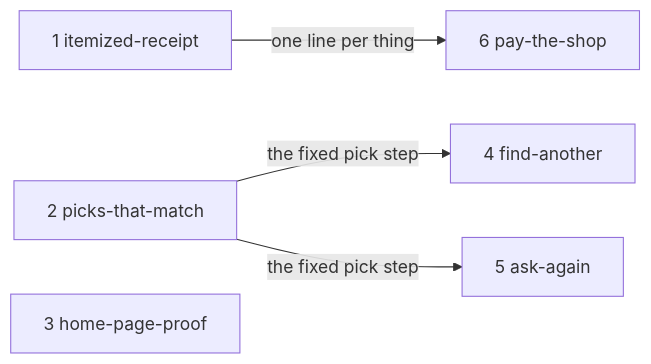
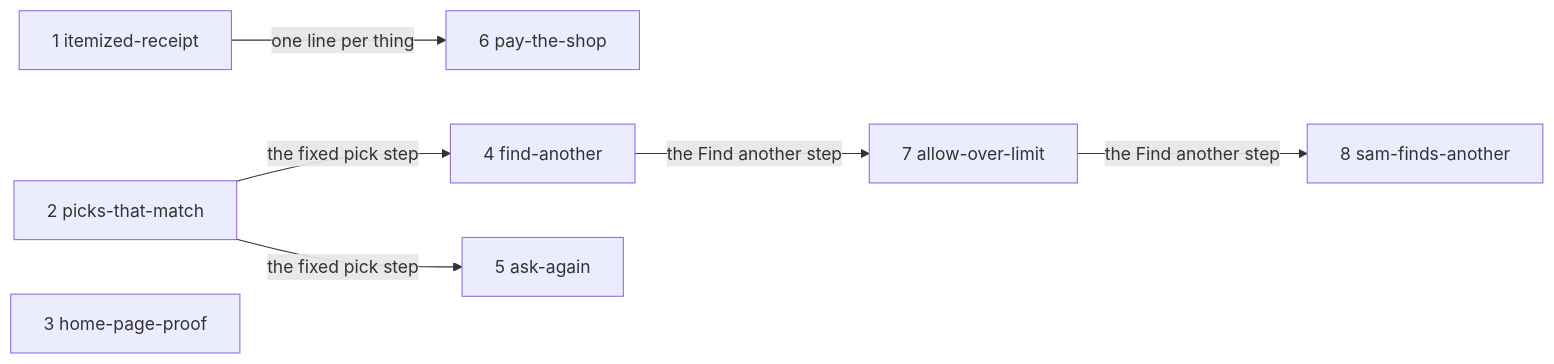
The second of 2 diagrams in docs/specs/after-review/shape.md (dzaffren/kincart), drawn with Mermaid before and after one commit. The commit also changed other lines of this file and 28 other files, not shown here.

First line of the commit message:
feat(shop): let Rose find another after an empty Find or Sam's No (#23)

````diff
--- a/docs/specs/after-review/shape.md
+++ b/docs/specs/after-review/shape.md
@@ -29,7 +29,9 @@
 ```mermaid
 flowchart LR
     S1["1 itemized-receipt"] -- "one line per thing" --> S6["6 pay-the-shop"]
     S2["2 picks-that-match"] -- "the fixed pick step" --> S4["4 find-another"]
     S2 -- "the fixed pick step" --> S5["5 ask-again"]
     S3["3 home-page-proof"]
+    S4 -- "the Find another step" --> S7["7 allow-over-limit"]
+    S7 -- "the Find another step" --> S8["8 sam-finds-another"]
 ```
````
